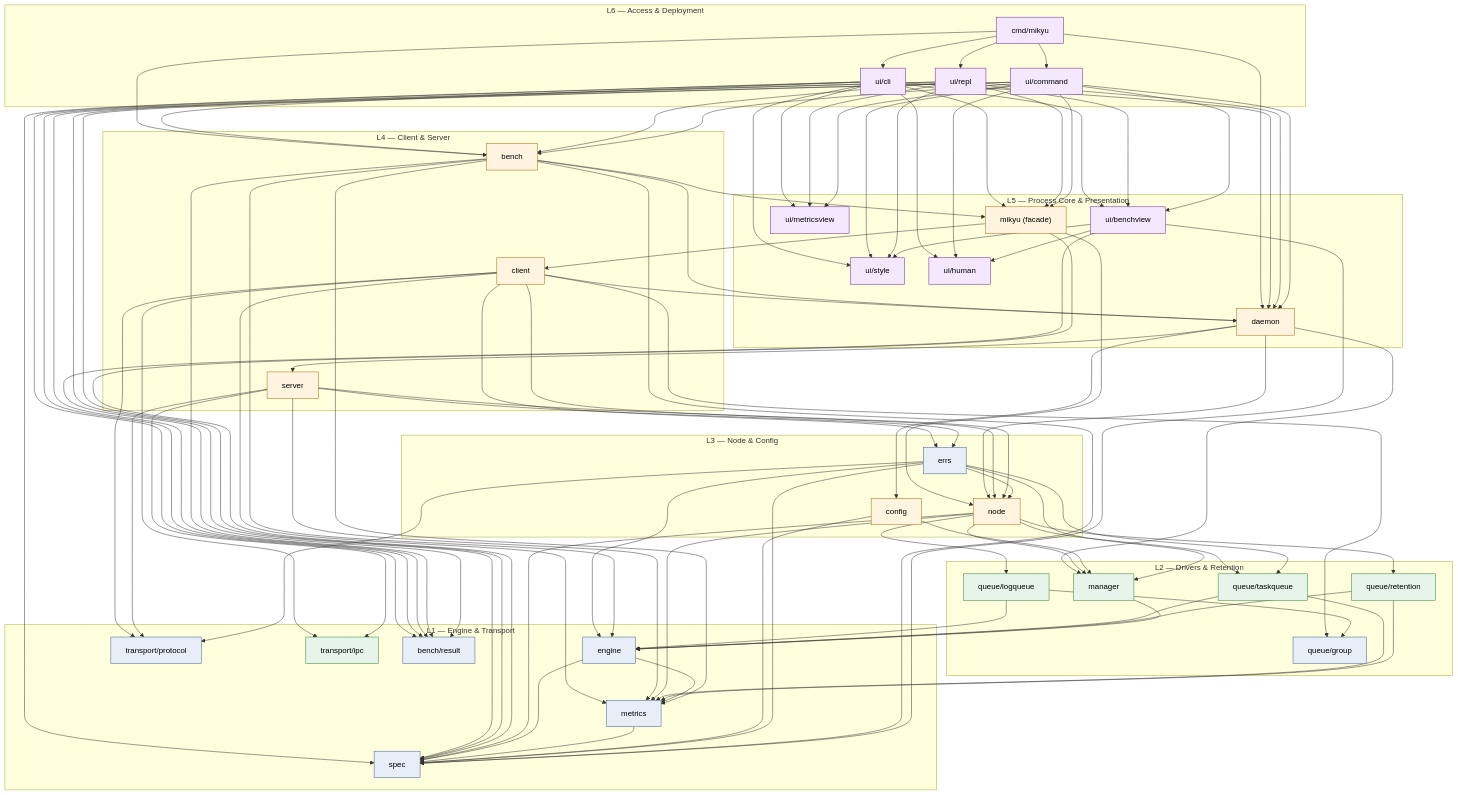
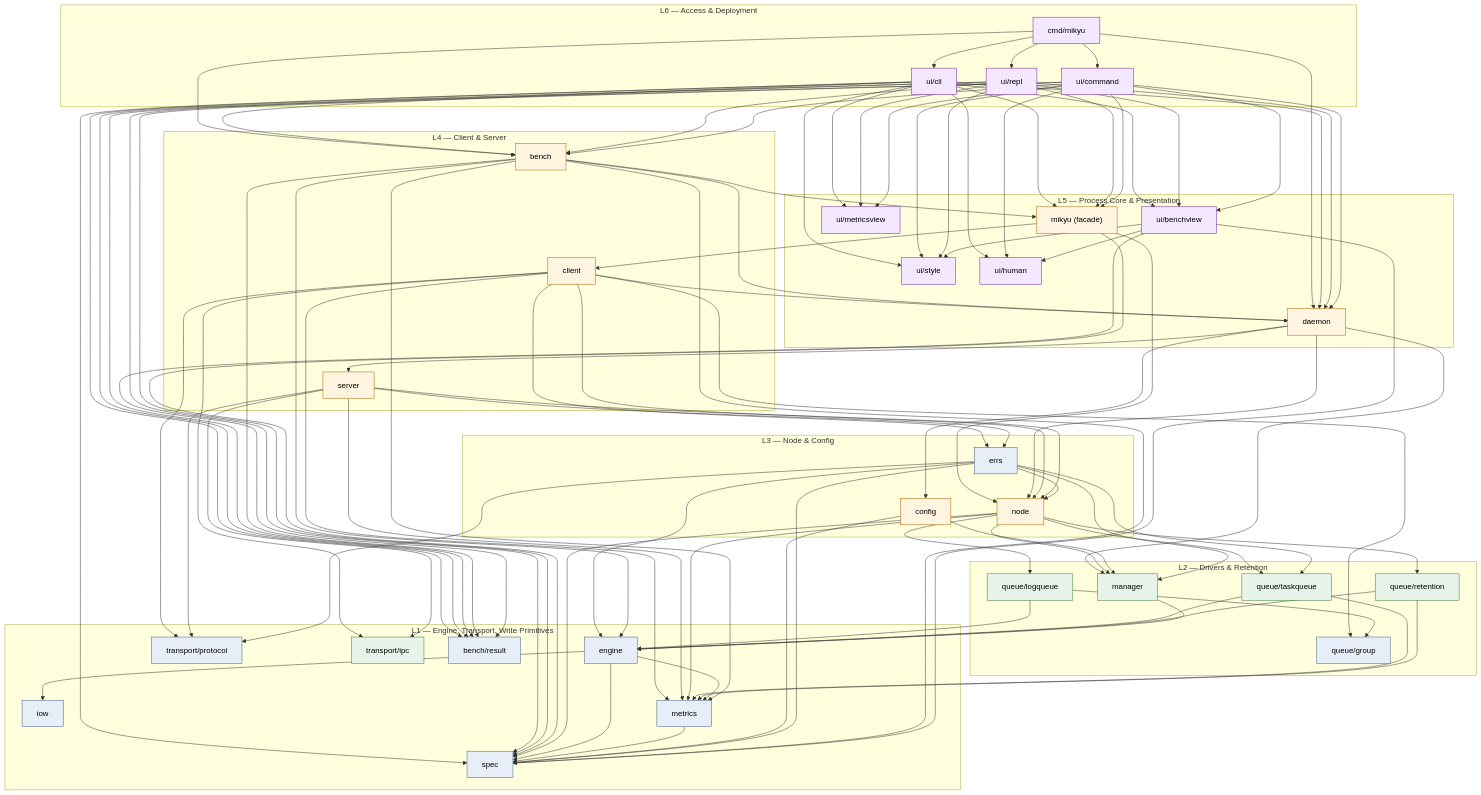
The diagram in AGENTS.md (dmunish/mikyu), drawn with Mermaid before and after one commit. The commit also changed other lines of this file, not shown here.

Commit message:
[docs] iow package

````diff
--- a/AGENTS.md
+++ b/AGENTS.md
@@ -133,68 +134,69 @@
 ```mermaid
 flowchart TB
   subgraph L6["L6 — Access & Deployment"]
     BIN["cmd/mikyu"]:::leaf
     CMD["ui/command"]:::leaf
     CLI["ui/cli"]:::leaf
     REPL["ui/repl"]:::leaf
   end
   subgraph L5["L5 — Process Core & Presentation"]
     DAEMON["daemon"]:::core
     MIKYU["mikyu (facade)"]:::core
     STYLE["ui/style"]:::leaf
     HUMAN["ui/human"]:::leaf
     MVIEW["ui/metricsview"]:::leaf
     BVIEW["ui/benchview"]:::leaf
   end
   subgraph L4["L4 — Client & Server"]
     CLIENT["client"]:::core
     SERVER["server"]:::core
     BENCH["bench"]:::core
   end
   subgraph L3["L3 — Node & Config"]
     NODE["node"]:::core
     CONFIG["config"]:::core
     ERRS["errs"]:::bottom
   end
   subgraph L2["L2 — Drivers & Retention"]
     LOGQ["queue/logqueue"]:::driver
     TASKQ["queue/taskqueue"]:::driver
     RET["queue/retention"]:::driver
     GROUP["queue/group"]:::bottom
     MGR["manager"]:::driver
   end
-  subgraph L1["L1 — Engine & Transport"]
+  subgraph L1["L1 — Engine, Transport, Write Primitives"]
     ENG["engine"]:::bottom
+    IOW["iow"]:::bottom
     MET["metrics"]:::bottom
     PROTO["transport/protocol"]:::bottom
     IPC["transport/ipc"]:::driver
     SPEC["spec"]:::bottom
     BRES["bench/result"]:::bottom
   end
 
   BIN --> CLI & REPL & DAEMON & CMD & BENCH
   CLI & REPL & CMD --> MIKYU & DAEMON & SPEC & MVIEW & BVIEW & BENCH & BRES
   CLI & CMD --> STYLE & HUMAN
   REPL --> STYLE
   MIKYU --> CLIENT & NODE & SPEC
   DAEMON --> CONFIG & SERVER & NODE & MGR
   CLIENT --> NODE & PROTO & IPC & ERRS & MET & GROUP & DAEMON
   SERVER --> NODE & PROTO & IPC & ERRS & MET
   NODE --> MGR & LOGQ & TASKQ & RET & MET & SPEC
   LOGQ --> ENG & GROUP
   TASKQ --> ENG & MET
   RET --> ENG & MET
-  ENG --> MET & SPEC
+  ENG --> MET & SPEC & IOW
   MET --> SPEC
   MGR --> ENG
   CONFIG --> SPEC & MGR
   ERRS --> SPEC & ENG & MGR & NODE & TASKQ & PROTO
   BENCH --> MIKYU & DAEMON & SPEC & ENG & MET
   BENCH --> BRES
   BVIEW --> BRES & SPEC & HUMAN & STYLE
 
   classDef bottom fill:#e8eef7,stroke:#3b5b8c,color:#000
   classDef driver fill:#e6f4ea,stroke:#2e7d32,color:#000
   classDef core fill:#fff4e0,stroke:#a86200,color:#000
   classDef leaf fill:#f3e8ff,stroke:#6a1b9a,color:#000
 ```
````
